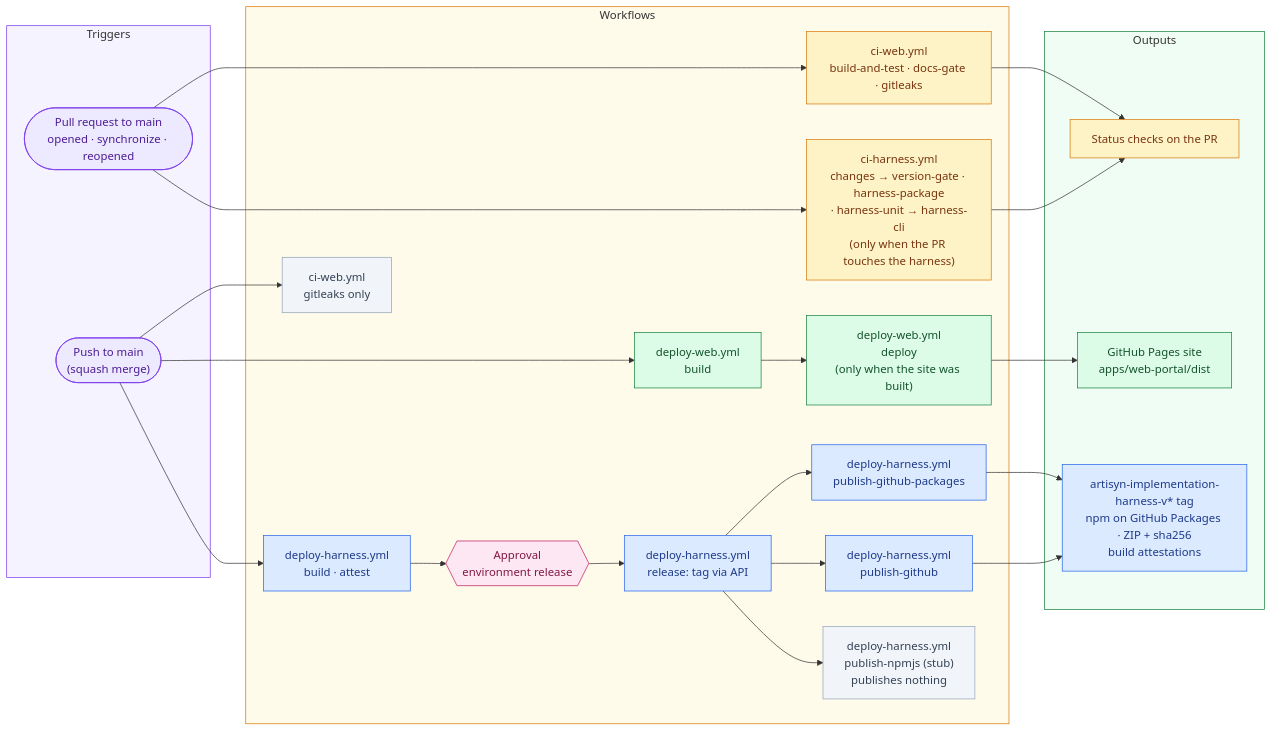
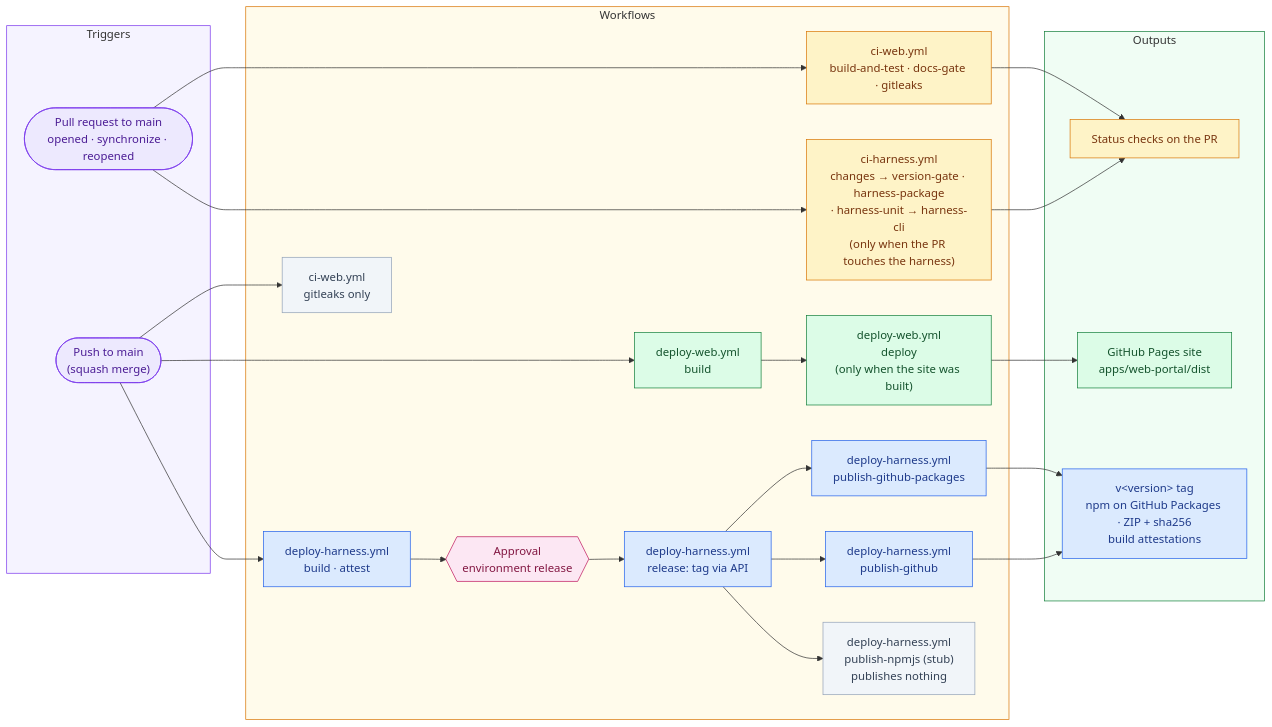
One commit to DataArt/artisyn-implementation-harness changed the first of 2 diagrams in docs/Engineering Guide/09 CI-CD.md. Above: the diagram before and after it, drawn with Mermaid. The commit also changed other lines of this file and 26 other files, not shown here.

First line of the commit message:
feat(harness): tag releases v<version>

````diff
--- a/docs/Engineering Guide/09 CI-CD.md
+++ b/docs/Engineering Guide/09 CI-CD.md
@@ -29,46 +29,46 @@
 ```mermaid
 flowchart LR
     subgraph TRIG ["  Triggers  "]
         PR(["Pull request to main\nopened · synchronize · reopened"]):::trigger
         PUSH(["Push to main\n(squash merge)"]):::trigger
     end
 
     subgraph WF ["  Workflows  "]
         CIA["ci-web.yml\nbuild-and-test · docs-gate · gitleaks"]:::gate
         CIP["ci-web.yml\ngitleaks only"]:::advisory
         CIH["ci-harness.yml\nchanges → version-gate · harness-package\n· harness-unit → harness-cli\n(only when the PR touches the harness)"]:::gate
         CDB["deploy-web.yml\nbuild"]:::deploy
         CDD["deploy-web.yml\ndeploy\n(only when the site was built)"]:::deploy
         RHB["deploy-harness.yml\nbuild · attest"]:::release
         APP{{"Approval\nenvironment release"}}:::approval
         RHR["deploy-harness.yml\nrelease: tag via API"]:::release
         RHN["deploy-harness.yml\npublish-github-packages"]:::release
         RHG["deploy-harness.yml\npublish-github"]:::release
         RHS["deploy-harness.yml\npublish-npmjs (stub)\npublishes nothing"]:::advisory
     end
 
     subgraph OUT ["  Outputs  "]
         CHK["Status checks on the PR"]:::gate
         PAGES["GitHub Pages site\napps/web-portal/dist"]:::deploy
-        HTAG["artisyn-implementation-harness-v* tag\nnpm on GitHub Packages · ZIP + sha256\nbuild attestations"]:::release
+        HTAG["v&lt;version&gt; tag\nnpm on GitHub Packages · ZIP + sha256\nbuild attestations"]:::release
     end
 
     PR --> CIA --> CHK
     PR --> CIH --> CHK
     PUSH --> CIP
     PUSH --> CDB --> CDD --> PAGES
     PUSH --> RHB --> APP --> RHR
     RHR --> RHN --> HTAG
     RHR --> RHG --> HTAG
     RHR --> RHS
 
     classDef trigger fill:#EDE9FE,stroke:#7C3AED,color:#4c1d95
     classDef approval fill:#FCE7F3,stroke:#BE185D,color:#831843
     classDef gate fill:#FEF3C7,stroke:#D97706,color:#78350f
     classDef advisory fill:#F1F5F9,stroke:#94A3B8,color:#334155
     classDef deploy fill:#DCFCE7,stroke:#15803D,color:#14532D
     classDef release fill:#DBEAFE,stroke:#2563EB,color:#1e3a8a
     style TRIG fill:#F5F3FF,stroke:#7C3AED
     style WF fill:#FFFBEB,stroke:#D97706
     style OUT fill:#F0FDF4,stroke:#15803D
 ```
````
